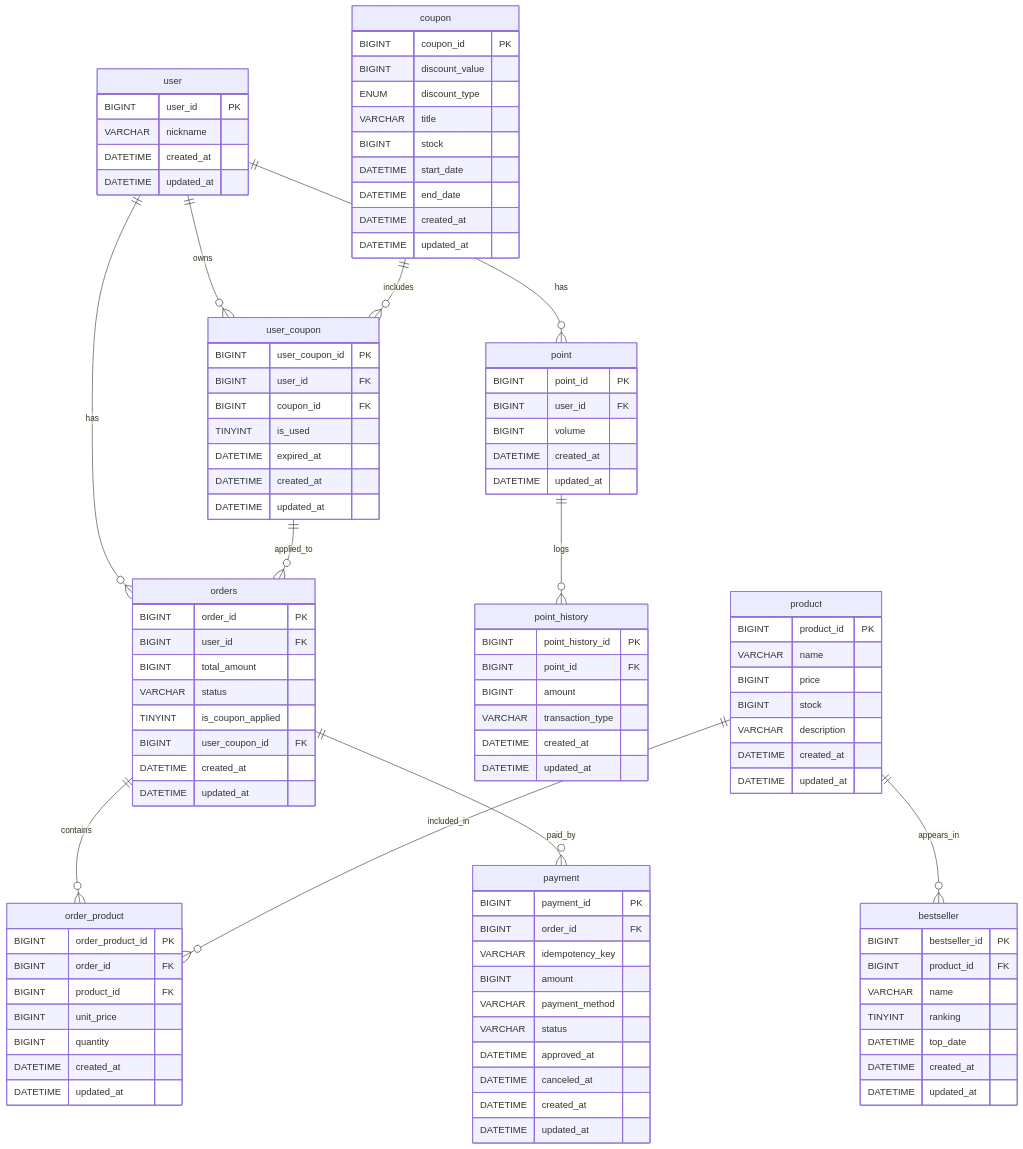
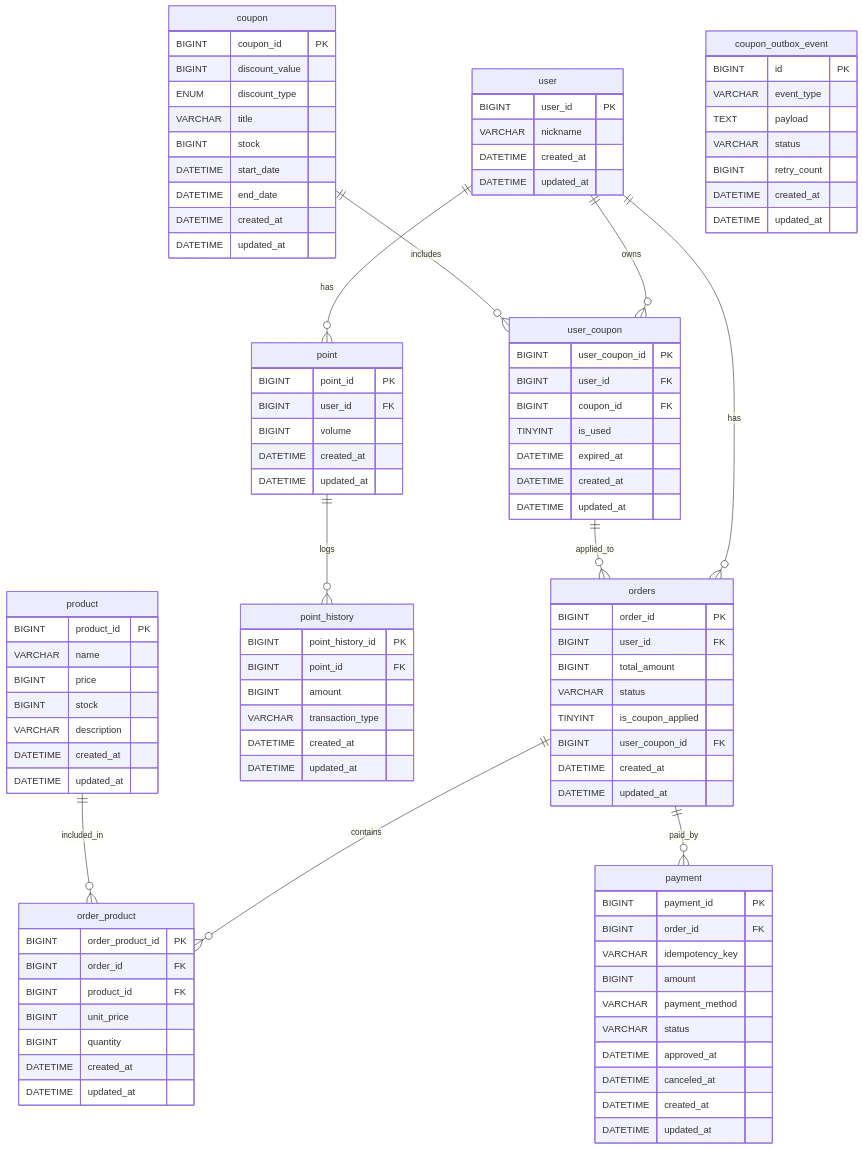
The diagram in docs/erd.md (BEpaul/e-commerce), drawn with Mermaid before and after one commit. The commit also changed other lines of this file and 2 other files, not shown here.

Commit message:
[DOCS] API 명세서 및 ERD 최신화 - 랭킹 시스템 및 쿠폰 발급 시스템 반영

```diff
--- a/docs/erd.md
+++ b/docs/erd.md
@@ -13,8 +13,6 @@
     product ||--o{ order_product : included_in
     orders ||--o{ payment : paid_by
     user_coupon ||--o{ orders : applied_to
-
-    product ||--o{ bestseller : appears_in
 
     user {
         BIGINT user_id PK
@@ -106,12 +104,12 @@
         DATETIME updated_at
     }
 
-    bestseller {
-        BIGINT bestseller_id PK
-        BIGINT product_id FK
-        VARCHAR name
-        TINYINT ranking
-        DATETIME top_date
+    coupon_outbox_event {
+        BIGINT id PK
+        VARCHAR event_type
+        TEXT payload
+        VARCHAR status
+        BIGINT retry_count
         DATETIME created_at
         DATETIME updated_at
     }
```
